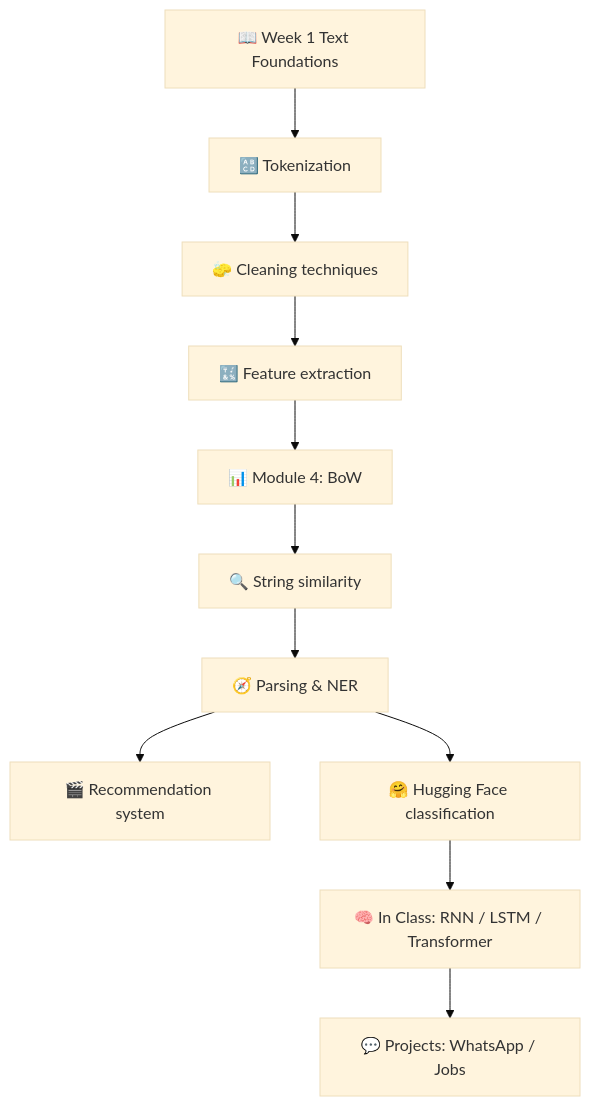
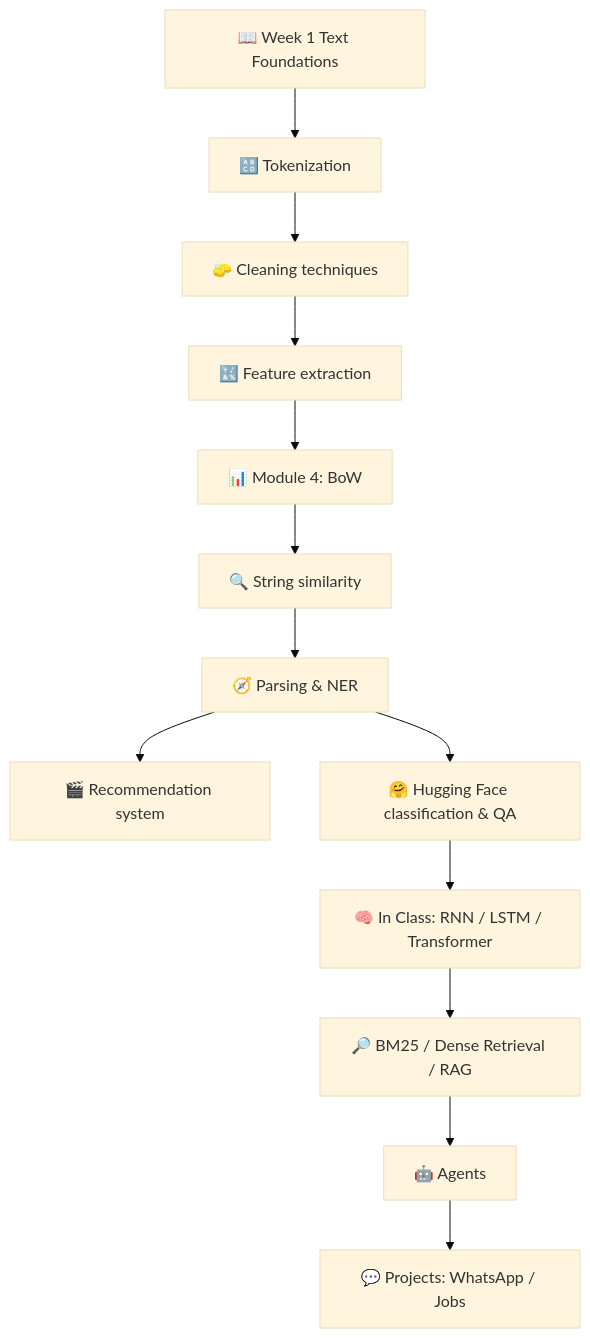
Before and after one commit to Nihalpujari/ML_Practice: the diagram in NLP/readme.md, drawn with Mermaid (base theme). The commit also changed other lines of this file and 22 other files, not shown here.

````diff
--- a/NLP/readme.md
+++ b/NLP/readme.md
@@ -22,13 +22,15 @@
 ```mermaid
 flowchart TD
     A["📖 Week 1 Text Foundations"] --> B["🔠 Tokenization"]
     B --> C["🧽 Cleaning techniques"]
     C --> D["🔣 Feature extraction"]
     D --> E["📊 Module 4: BoW"]
     E --> F["🔍 String similarity"]
     F --> G["🧭 Parsing & NER"]
     G --> H["🎬 Recommendation system"]
-    G --> I["🤗 Hugging Face classification"]
+    G --> I["🤗 Hugging Face classification & QA"]
     I --> J["🧠 In Class: RNN / LSTM / Transformer"]
-    J --> K["💬 Projects: WhatsApp / Jobs"]
+    J --> K["🔎 BM25 / Dense Retrieval / RAG"]
+    K --> L["🤖 Agents"]
+    L --> M["💬 Projects: WhatsApp / Jobs"]
 ```
````
